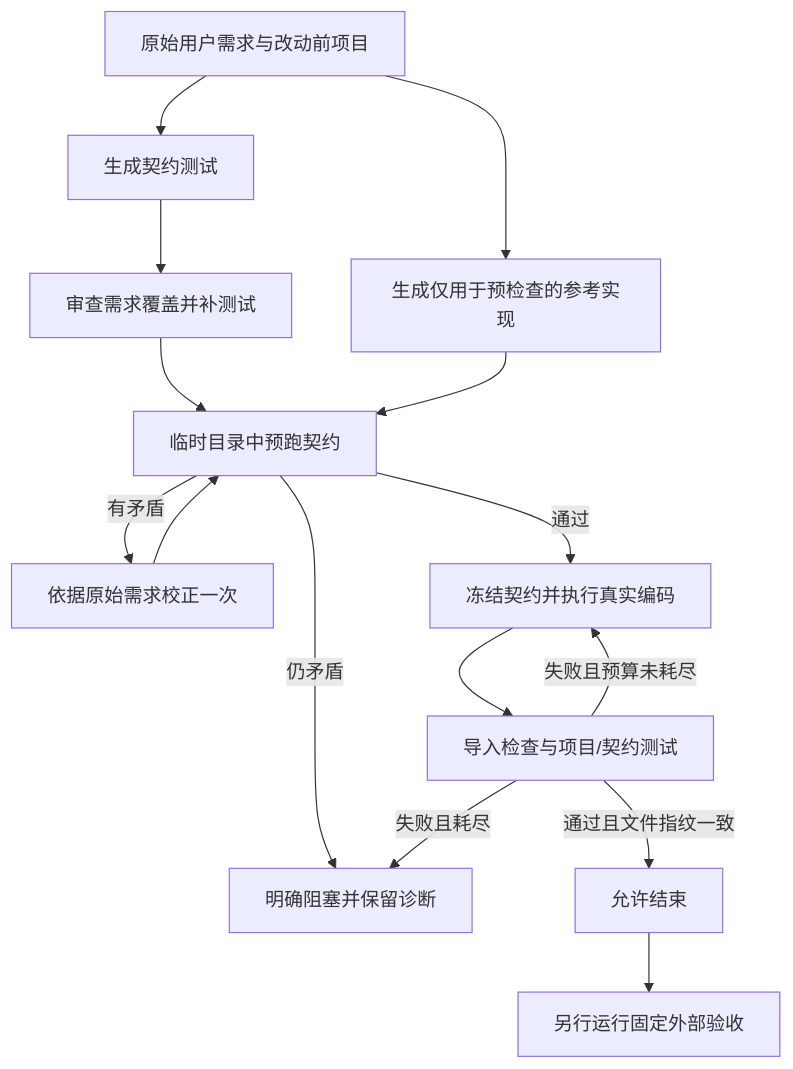
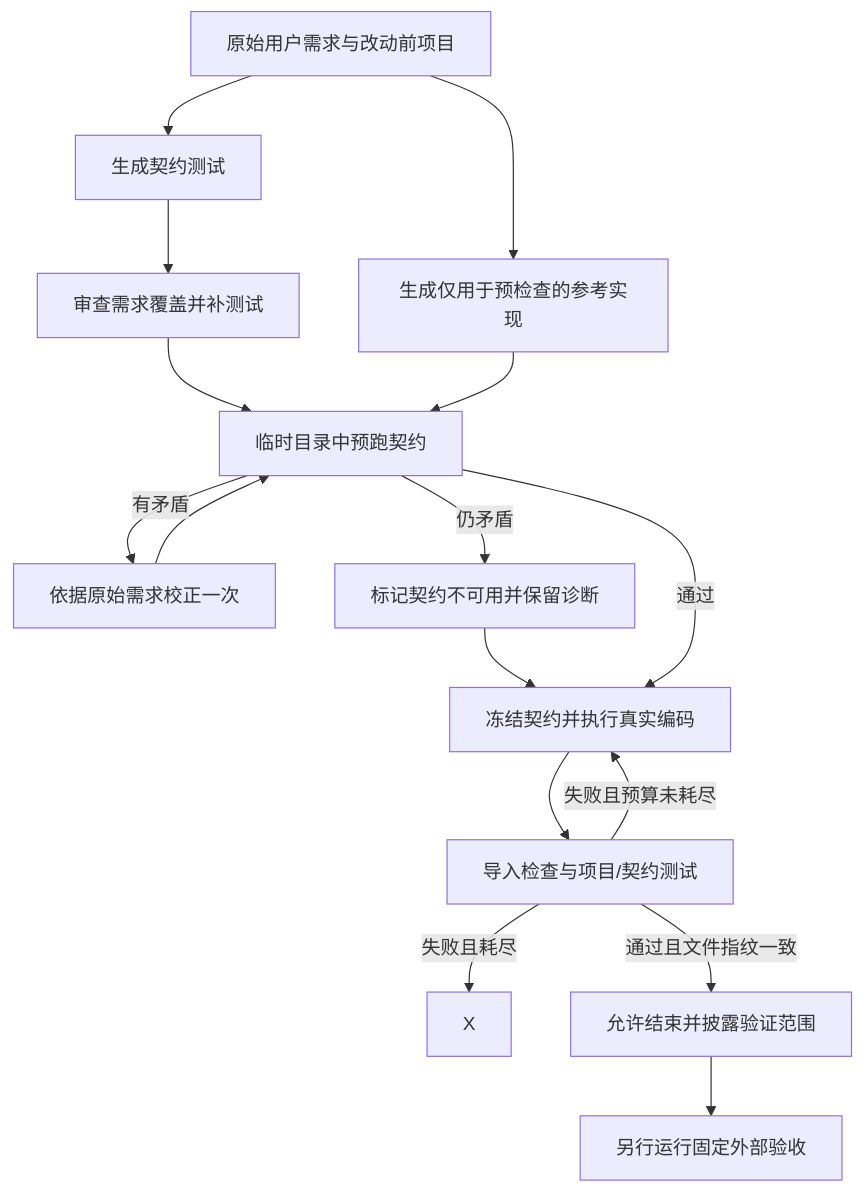
The diagram in INTERVIEW_REPAIR_NOTES.md (21xiaohe/Ibex-Agent), drawn with Mermaid before and after one commit. The commit also changed other lines of this file and 4 other files, not shown here.

````diff
--- a/INTERVIEW_REPAIR_NOTES.md
+++ b/INTERVIEW_REPAIR_NOTES.md
@@ -30,17 +32,18 @@
 ```mermaid
 flowchart TD
     A[原始用户需求与改动前项目] --> B[生成契约测试]
     B --> C[审查需求覆盖并补测试]
     A --> D[生成仅用于预检查的参考实现]
     C --> E[临时目录中预跑契约]
     D --> E
     E -->|有矛盾| F[依据原始需求校正一次]
     F --> E
-    E -->|仍矛盾| X[明确阻塞并保留诊断]
+    E -->|仍矛盾| R[标记契约不可用并保留诊断]
+    R --> G
     E -->|通过| G[冻结契约并执行真实编码]
     G --> H[导入检查与项目/契约测试]
     H -->|失败且预算未耗尽| G
     H -->|失败且耗尽| X
-    H -->|通过且文件指纹一致| I[允许结束]
+    H -->|通过且文件指纹一致| I[允许结束并披露验证范围]
     I --> J[另行运行固定外部验收]
 ```
````
